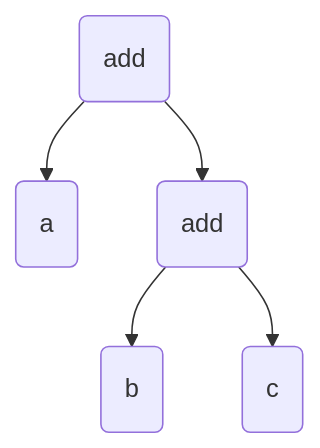
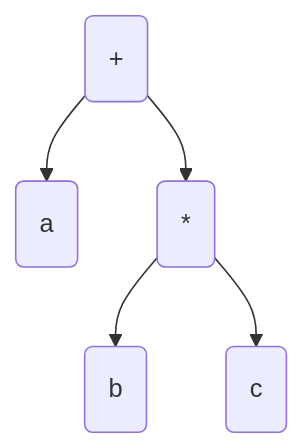
One commit to pengvyn/kavpix-code changed the ninth of 49 diagrams in src/essays/number-tree/essay.md. Above: the diagram before and after it, drawn with Mermaid. The commit also changed other lines of this file and 1 other file, not shown here.

````diff
--- a/src/essays/number-tree/essay.md
+++ b/src/essays/number-tree/essay.md
@@ -64,7 +187,7 @@
 ```mermaid
     graph TD;
-        add(add) --> a(a);
-        add(add) --> add2(add);
-        add2 --> b(b);
-        add2 --> c(c);
+        add(+) --> a(a);
+        add(+) --> mul(*);
+        mul --> b(b);
+        mul --> c(c);
 ```
````
